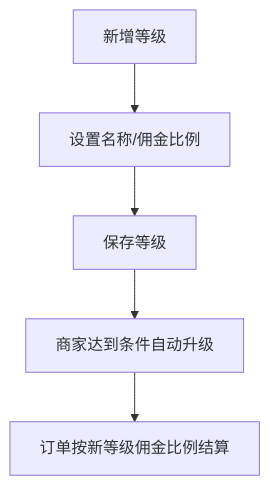
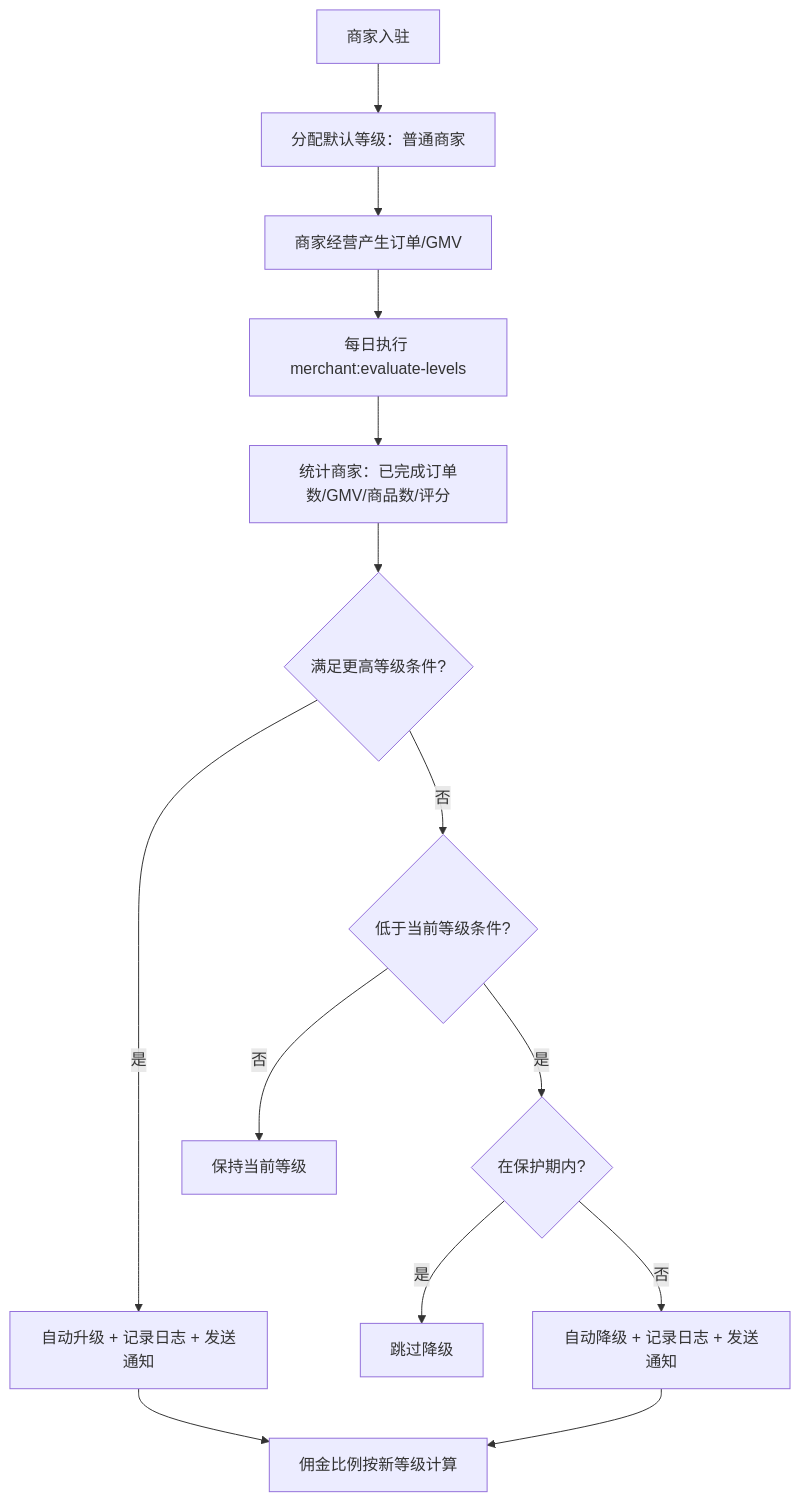
The diagram in backend/resources/docs/modules/merchant/level.md (aliquanhou/tllos-mall), drawn with Mermaid before and after one commit. The commit also changed other lines of this file and 7 other files, not shown here.

````diff
--- a/backend/resources/docs/modules/merchant/level.md
+++ b/backend/resources/docs/modules/merchant/level.md
@@ -43,7 +76,16 @@
 ```mermaid
 flowchart TD
-    A[新增等级] --> B[设置名称/佣金比例]
-    B --> C[保存等级]
-    C --> D[商家达到条件自动升级]
-    D --> E[订单按新等级佣金比例结算]
+    A[商家入驻] --> B[分配默认等级：普通商家]
+    B --> C[商家经营产生订单/GMV]
+    C --> D[每日执行 merchant:evaluate-levels]
+    D --> E[统计商家：已完成订单数/GMV/商品数/评分]
+    E --> F{满足更高等级条件?}
+    F -->|是| G[自动升级 + 记录日志 + 发送通知]
+    F -->|否| H{低于当前等级条件?}
+    H -->|是| I{在保护期内?}
+    I -->|是| J[跳过降级]
+    I -->|否| K[自动降级 + 记录日志 + 发送通知]
+    H -->|否| L[保持当前等级]
+    G --> M[佣金比例按新等级计算]
+    K --> M
 ```
````
